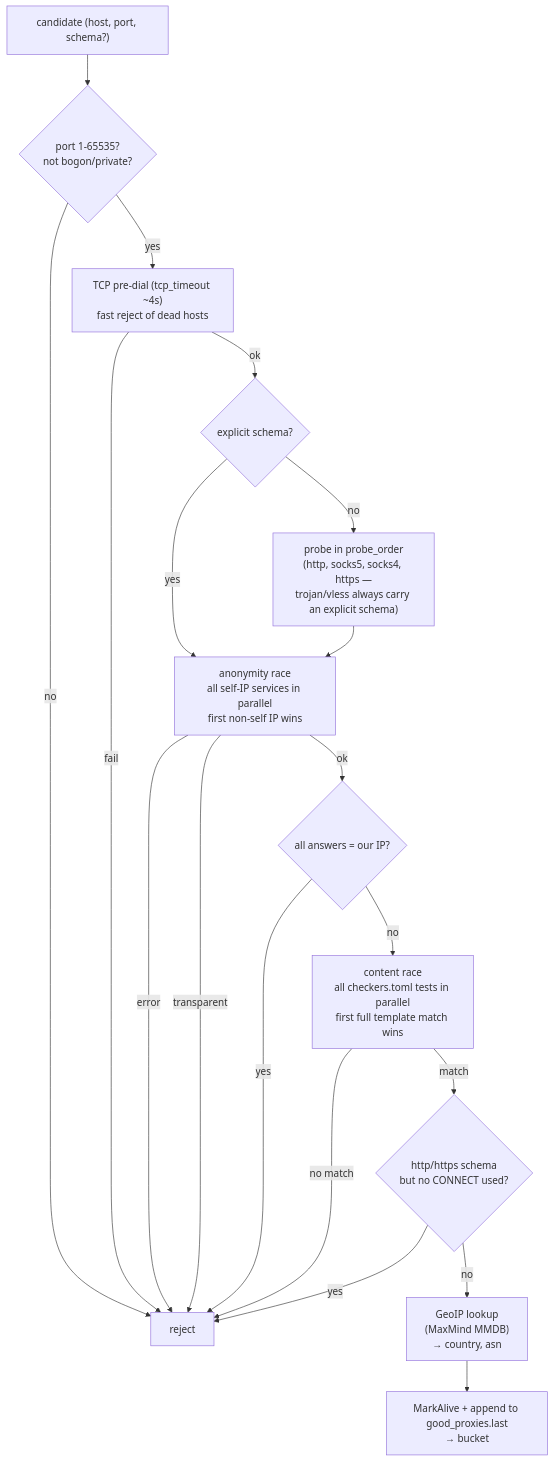
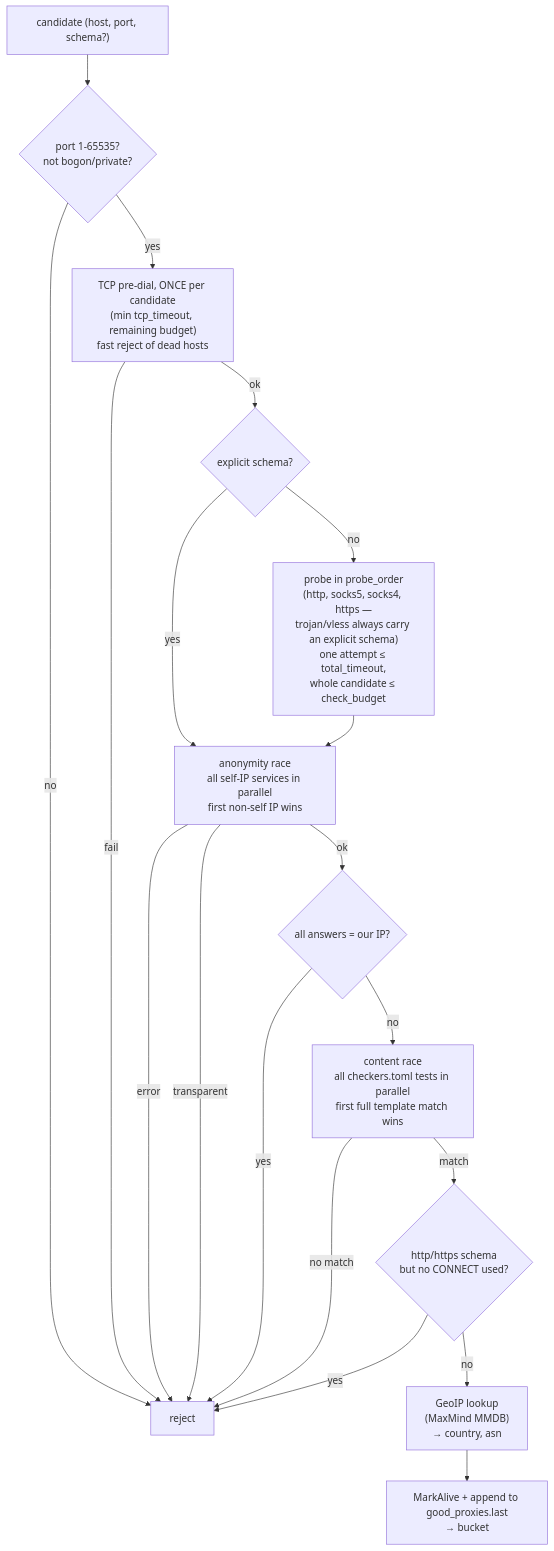
Before and after one commit to hzcht/protator: the third of 3 diagrams in docs/ARCHITECTURE.md, drawn with Mermaid. The commit also changed other lines of this file and 28 other files, not shown here.

````diff
--- a/docs/ARCHITECTURE.md
+++ b/docs/ARCHITECTURE.md
@@ -154,27 +154,27 @@
 ```mermaid
 flowchart TB
     C["candidate (host, port, schema?)"]
     PORT{"port 1-65535?<br/>not bogon/private?"}
-    PRE["TCP pre-dial (tcp_timeout ~4s)<br/>fast reject of dead hosts"]
+    PRE["TCP pre-dial, ONCE per candidate<br/>(min tcp_timeout, remaining budget)<br/>fast reject of dead hosts"]
     SCHEMA{"explicit schema?"}
-    PROBE["probe in probe_order<br/>(http, socks5, socks4, https —<br/>trojan/vless always carry an explicit schema)"]
+    PROBE["probe in probe_order<br/>(http, socks5, socks4, https —<br/>trojan/vless always carry an explicit schema)<br/>one attempt ≤ total_timeout,<br/>whole candidate ≤ check_budget"]
     ANON["anonymity race<br/>all self-IP services in parallel<br/>first non-self IP wins"]
     TRANS{"all answers = our IP?"}
     CONTENT["content race<br/>all checkers.toml tests in parallel<br/>first full template match wins"]
     CONN{"http/https schema<br/>but no CONNECT used?"}
     GEO["GeoIP lookup<br/>(MaxMind MMDB)<br/>→ country, asn"]
     GOOD["MarkAlive + append to good_proxies.last<br/>→ bucket"]
 
     C --> PORT -->|no| REJ["reject"]
     PORT -->|yes| PRE -->|fail| REJ
     PRE -->|ok| SCHEMA
     SCHEMA -->|yes| ANON
     SCHEMA -->|no| PROBE --> ANON
     ANON -->|error| REJ
     ANON -->|transparent| REJ
     ANON -->|ok| TRANS
     TRANS -->|yes| REJ
     TRANS -->|no| CONTENT -->|no match| REJ
     CONTENT -->|match| CONN -->|yes| REJ
     CONN -->|no| GEO --> GOOD
 ```
````
